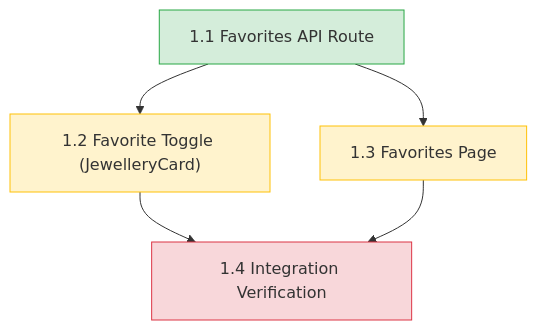
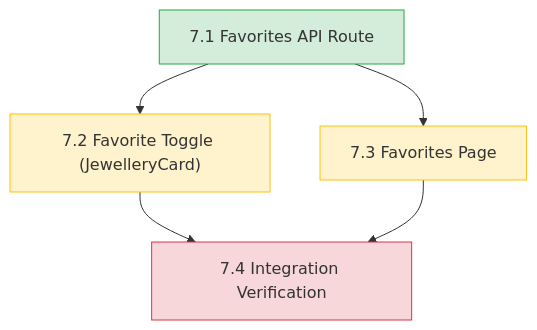
One commit to argneshu/-jewellery-age-advisor changed the diagram in docs/plans/implementation-plan.md. Above: the diagram before and after it, drawn with Mermaid. The commit also changed other lines of this file and 4 other files, not shown here.

````diff
--- a/docs/plans/implementation-plan.md
+++ b/docs/plans/implementation-plan.md
@@ -10,16 +15,16 @@
 ```mermaid
 graph TD
   classDef wave1 fill:#D4EDDA,stroke:#28A745
   classDef wave2 fill:#FFF3CD,stroke:#FFC107
   classDef wave3 fill:#F8D7DA,stroke:#DC3545
 
-  S1_1["1.1 Favorites API Route"]:::wave1
-  S1_2["1.2 Favorite Toggle (JewelleryCard)"]:::wave2
-  S1_3["1.3 Favorites Page"]:::wave2
-  S1_4["1.4 Integration Verification"]:::wave3
+  S7_1["7.1 Favorites API Route"]:::wave1
+  S7_2["7.2 Favorite Toggle (JewelleryCard)"]:::wave2
+  S7_3["7.3 Favorites Page"]:::wave2
+  S7_4["7.4 Integration Verification"]:::wave3
 
-  S1_1 --> S1_2
-  S1_1 --> S1_3
-  S1_2 --> S1_4
-  S1_3 --> S1_4
+  S7_1 --> S7_2
+  S7_1 --> S7_3
+  S7_2 --> S7_4
+  S7_3 --> S7_4
 ```
````
